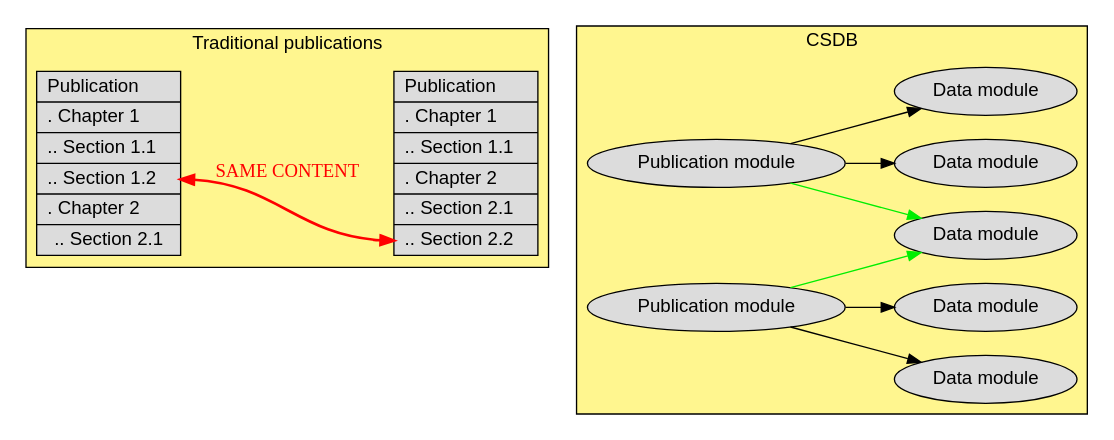
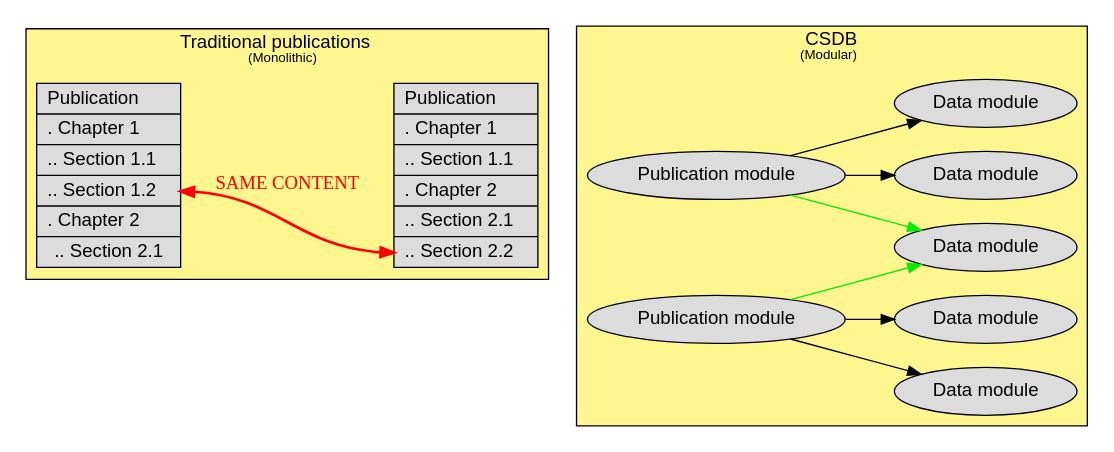
One commit to kibook/s1kd-tools changed the diagram in doc/ICN-S1KDTOOLS-A-000000-A-KHZAE-00003-A-001-01.DOT. Above: the diagram before and after it, drawn with Graphviz. The commit also changed 1 other file, not shown here.

Commit message:
Update graphic in TUTORIAL.md

```diff
--- a/doc/ICN-S1KDTOOLS-A-000000-A-KHZAE-00003-A-001-01.DOT
+++ b/doc/ICN-S1KDTOOLS-A-000000-A-KHZAE-00003-A-001-01.DOT
@@ -1,89 +1,89 @@
 digraph {
 	fontname = Helvetica
 	rankdir = LR
 	style = filled
 
 	node [
 		fontname = Helvetica
 		style = filled
 		fillcolor = gainsboro
 	]
 
 	subgraph cluster_traditional {
-		label = "Traditional publications"
+		label = <Traditional publications<br/><font point-size="10">(Monolithic)</font>>
 		fillcolor = khaki1
 
 		node [
 			shape = record
 		]
 
 		pub_traditional1 [
 			label = "<f0>Publication\l|. Chapter 1\l|.. Section 1.1\l|<f1>.. Section 1.2\l|. Chapter 2\l|.. Section 2.1"
 		]
 
 		pub_traditional2 [
 			label = "<f0>Publication\l|. Chapter 1\l|.. Section 1.1\l|. Chapter 2\l|.. Section 2.1\l|<f1>.. Section 2.2\l"
 		]
 
 		pub_traditional1:f1 -> pub_traditional2:f1 [
 			color = red
 			label = "SAME CONTENT"
 			fontcolor = red
 			style = bold
 			dir = both
 		]
 	}
 
 	subgraph cluster_s1000d {
-		label = "CSDB"
+		label = <CSDB<br/><font point-size="10">(Modular)</font>>
 		fillcolor = khaki1
 
 		pub_s1000d1 [
 			label = "Publication module"
 		]
 
 		dm1 [
 			label = "Data module"
 		]
 
 		dm2 [
 			label = "Data module"
 		]
 
 		dm3 [
 			label = "Data module"
 		]
 
 		pub_s1000d2 [
 			label = "Publication module"
 		]
 
 		dm4 [
 			label = "Data module"
 		]
 
 		dm5 [
 			label = "Data module"
 		]
 		
 		pub_s1000d1 -> dm1
 		pub_s1000d1 -> dm2
 		pub_s1000d1 -> dm3 [
 			color = green2
 			//label = "SHARED"
 			fontcolor = green2
 		]
 
 		pub_s1000d2 -> dm3 [
 			color = green2
 			//label = "SHARED"
 			fontcolor = green2
 		]
 		pub_s1000d2 -> dm4
 		pub_s1000d2 -> dm5
 	}
 
 	pub_traditional2 -> pub_s1000d1 [
 		style = invis
 	]
 }
```
